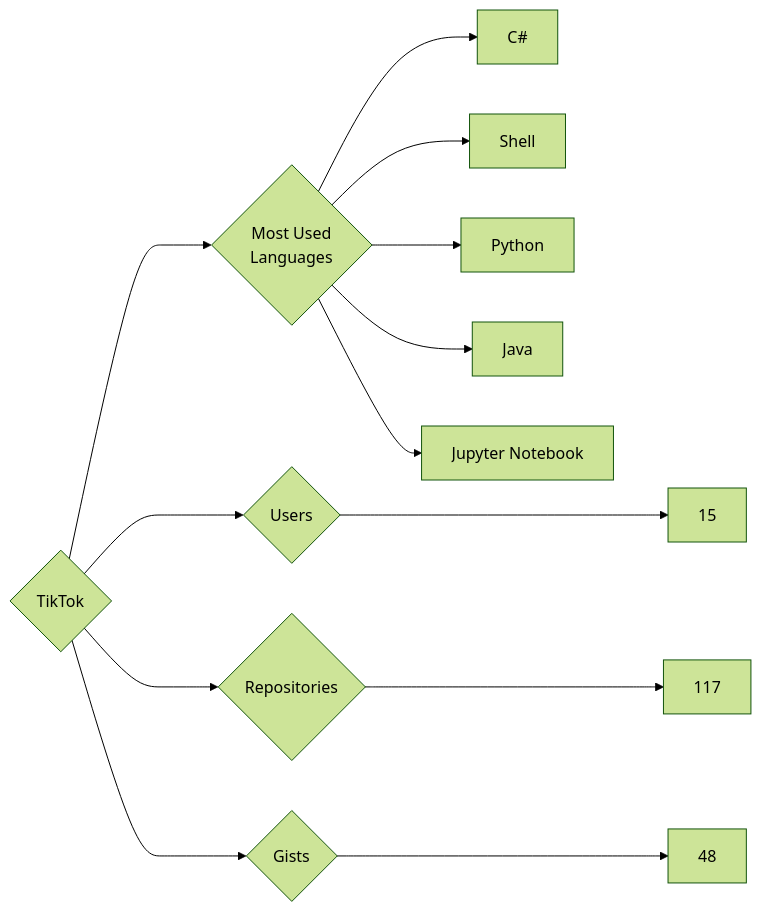
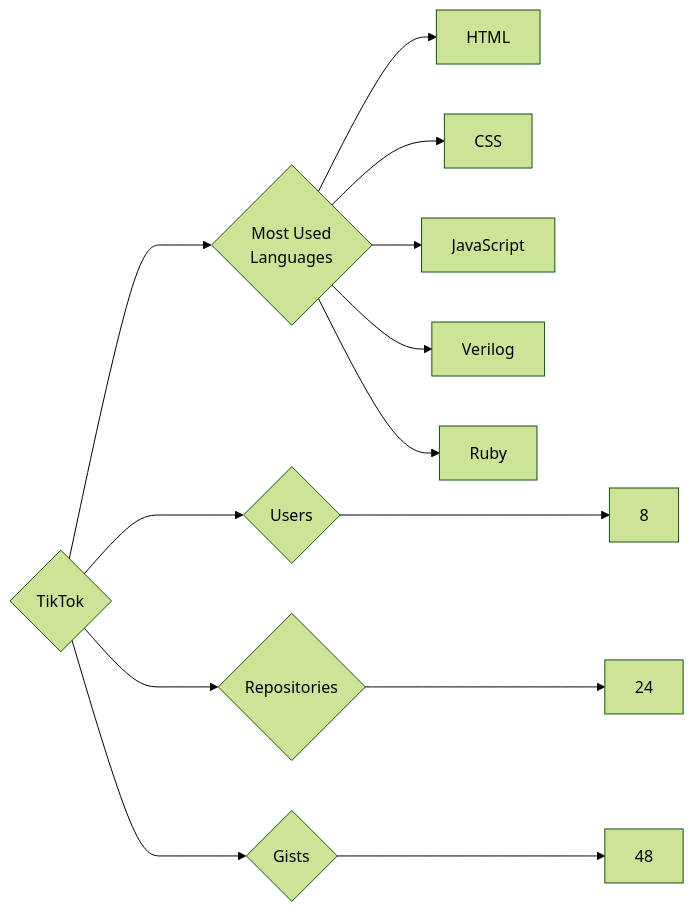
One commit to trickest/insiders changed the diagram in targets/TikTok/README.md. Above: the diagram before and after it, drawn with Mermaid (forest theme). The commit also changed 969 other files, not shown here.

````diff
--- a/targets/TikTok/README.md
+++ b/targets/TikTok/README.md
@@ -3,13 +3,13 @@
 ```mermaid
 graph LR
 COMPANY_NAME{TikTok}
-COMPANY_NAME ---> U{Users} ---> UN[15]
-COMPANY_NAME ---> R{Repositories} ---> RN[117]
+COMPANY_NAME ---> U{Users} ---> UN[8]
+COMPANY_NAME ---> R{Repositories} ---> RN[24]
 COMPANY_NAME ---> G{Gists} ---> GN[48]
 COMPANY_NAME ---> ML{Most Used<br>Languages}
-ML --> C#[C#]
-ML --> Shell[Shell]
-ML --> Python[Python]
-ML --> Java[Java]
-ML --> Jupyter_Notebook[Jupyter Notebook]
+ML --> HTML[HTML]
+ML --> CSS[CSS]
+ML --> JavaScript[JavaScript]
+ML --> Verilog[Verilog]
+ML --> Ruby[Ruby]
 ```
````
